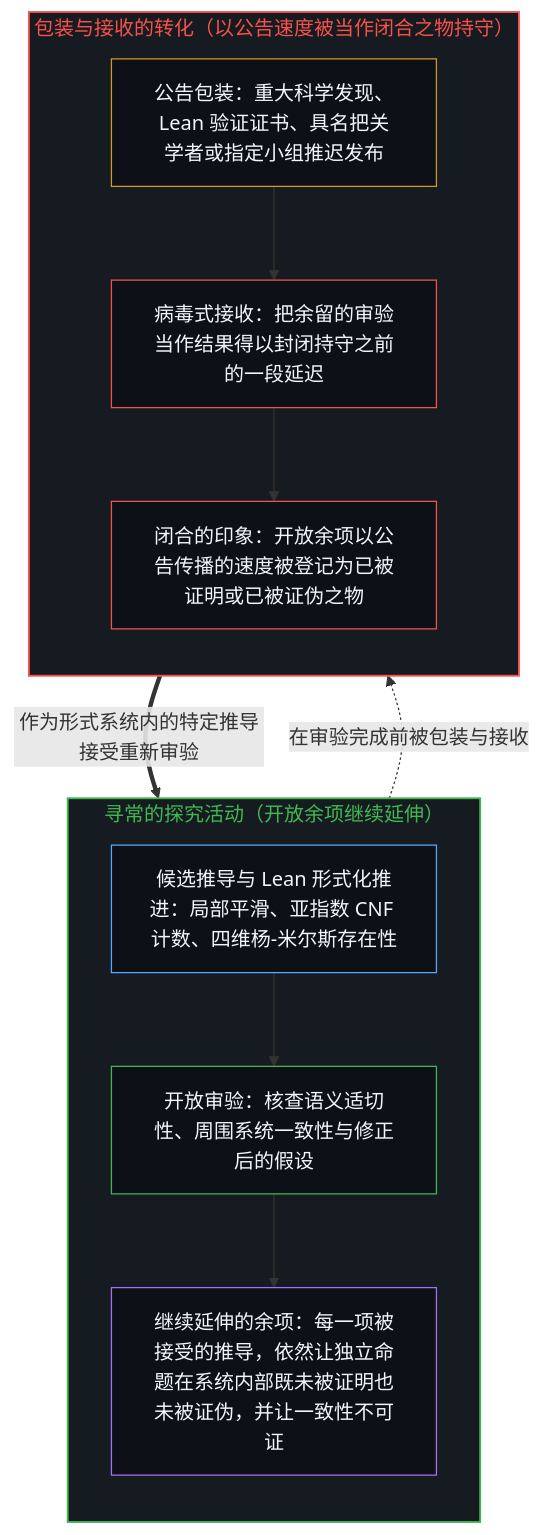
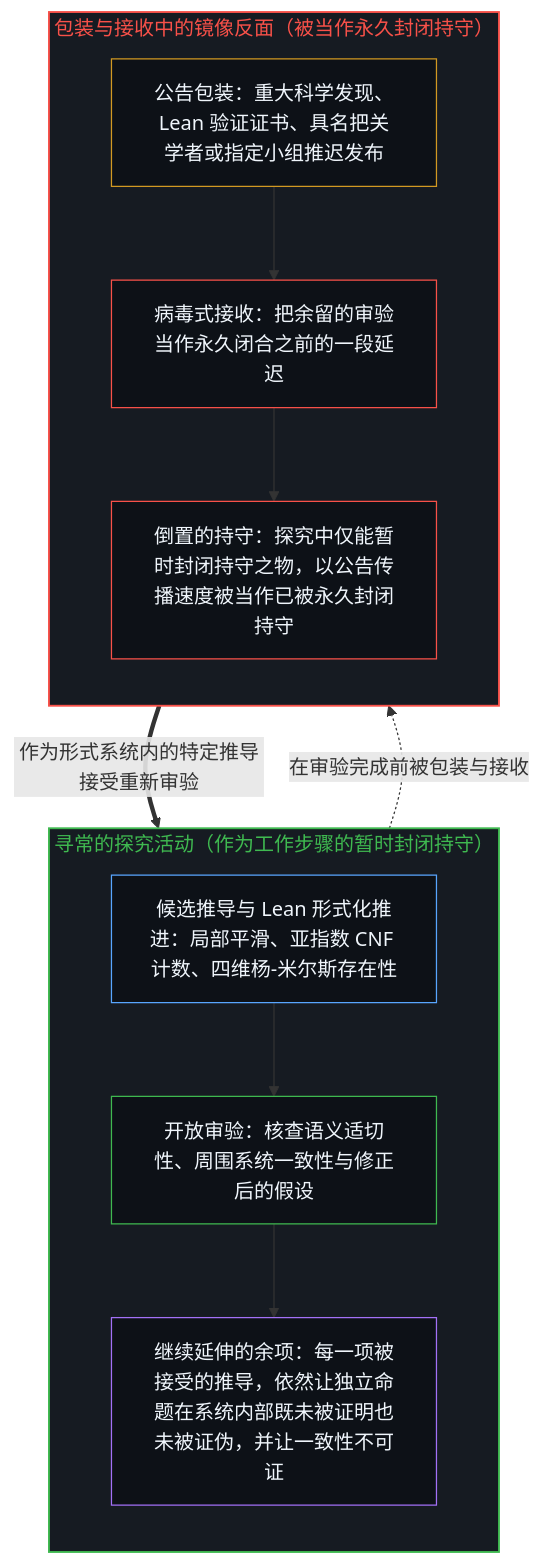
One commit to powerpig99/not-a-toe changed the first of 4 diagrams in content/posts/incompleteness-exhibited-twice.md. Above: the diagram before and after it, drawn with Mermaid. The commit also changed other lines of this file and 3 other files, not shown here.

````diff
--- a/content/posts/incompleteness-exhibited-twice.md
+++ b/content/posts/incompleteness-exhibited-twice.md
@@ -35,27 +35,27 @@
 ```mermaid
 flowchart TD
-    subgraph S_Open["寻常的探究活动（开放余项继续延伸）"]
+    subgraph S_Open["寻常的探究活动（作为工作步骤的暂时封闭持守）"]
         direction TB
         Cand["候选推导与 Lean 形式化推进：局部平滑、亚指数 CNF 计数、四维杨-米尔斯存在性"]
         Exam["开放审验：核查语义适切性、周围系统一致性与修正后的假设"]
         Cont["继续延伸的余项：每一项被接受的推导，依然让独立命题在系统内部既未被证明也未被证伪，并让一致性不可证"]
         Cand --> Exam --> Cont
     end
-    subgraph S_Conv["包装与接收的转化（以公告速度被当作闭合之物持守）"]
+    subgraph S_Conv["包装与接收中的镜像反面（被当作永久封闭持守）"]
         direction TB
         Pack["公告包装：重大科学发现、Lean 验证证书、具名把关学者或指定小组推迟发布"]
-        Delay["病毒式接收：把余留的审验当作结果得以封闭持守之前的一段延迟"]
-        Hold["闭合的印象：开放余项以公告传播的速度被登记为已被证明或已被证伪之物"]
+        Delay["病毒式接收：把余留的审验当作永久闭合之前的一段延迟"]
+        Hold["倒置的持守：探究中仅能暂时封闭持守之物，以公告传播速度被当作已被永久封闭持守"]
         Pack --> Delay --> Hold
     end
     Cand -.->|"在审验完成前被包装与接收"| Pack
     Hold ==>|"作为形式系统内的特定推导接受重新审验"| Exam
     style S_Open fill:#161b22,stroke:#3fb950,stroke-width:1.5px,color:#3fb950
     style S_Conv fill:#161b22,stroke:#f85149,stroke-width:1.5px,color:#f85149
     style Cand fill:#0d1117,stroke:#58a6ff,stroke-width:1px,color:#f0f6fc
     style Exam fill:#0d1117,stroke:#3fb950,stroke-width:1px,color:#f0f6fc
     style Cont fill:#0d1117,stroke:#a371f7,stroke-width:1px,color:#f0f6fc
     style Pack fill:#0d1117,stroke:#d29922,stroke-width:1px,color:#f0f6fc
     style Delay fill:#0d1117,stroke:#f85149,stroke-width:1px,color:#f0f6fc
     style Hold fill:#0d1117,stroke:#f85149,stroke-width:1px,color:#f0f6fc
 ```
````
